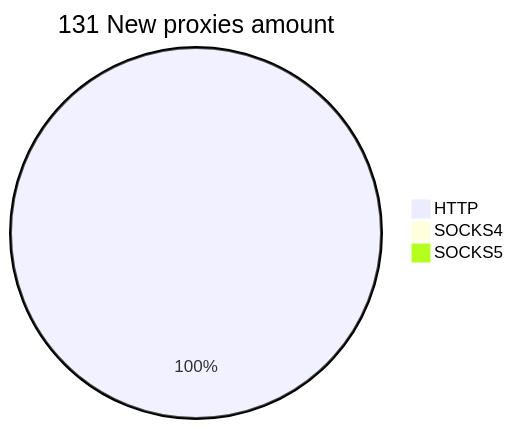
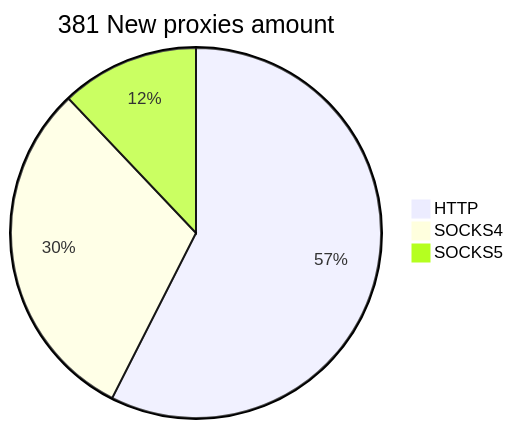
The second of 2 diagrams in README.md (cutipu/proxylist), drawn with Mermaid before and after one commit. The commit also changed other lines of this file, not shown here.

````diff
--- a/README.md
+++ b/README.md
@@ -10,6 +10,6 @@
 ```mermaid
-pie title 131 New proxies amount
-    "HTTP" : 134
-    "SOCKS4" : 0
-    "SOCKS5" : 0
+pie title 381 New proxies amount
+    "HTTP" : 219
+    "SOCKS4" : 116
+    "SOCKS5" : 46
 ```
````
